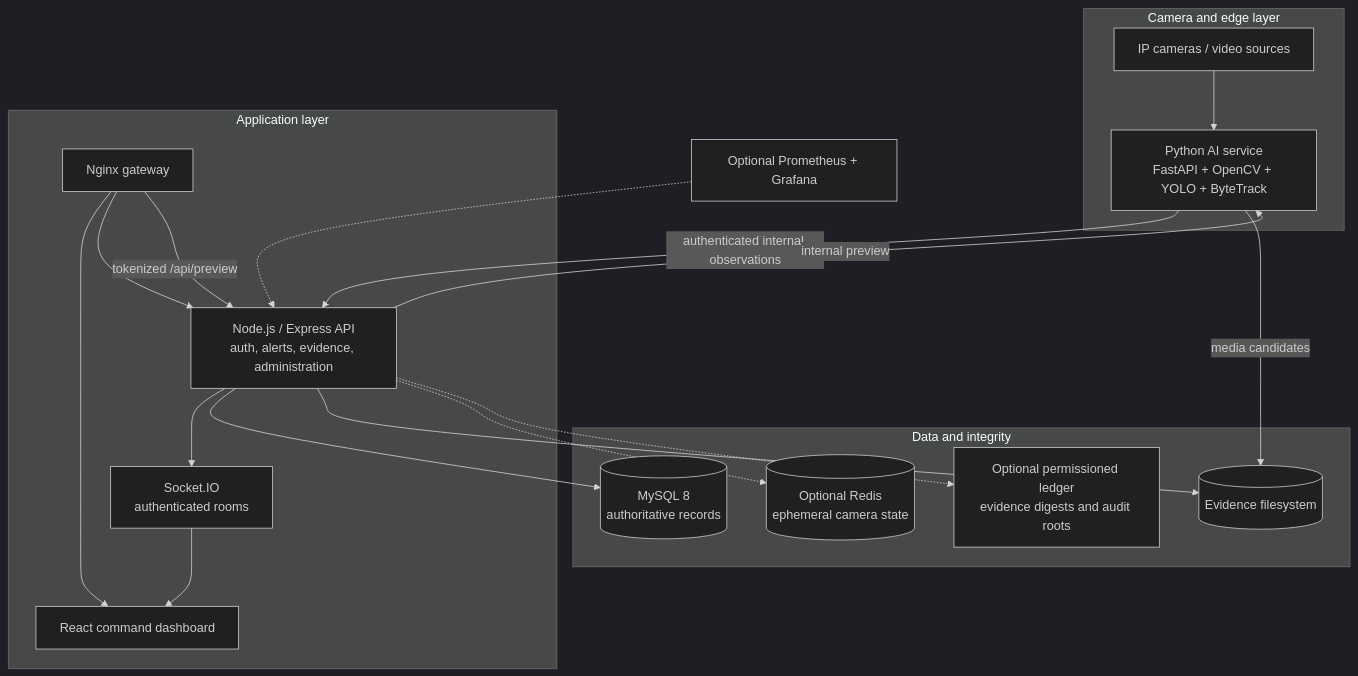
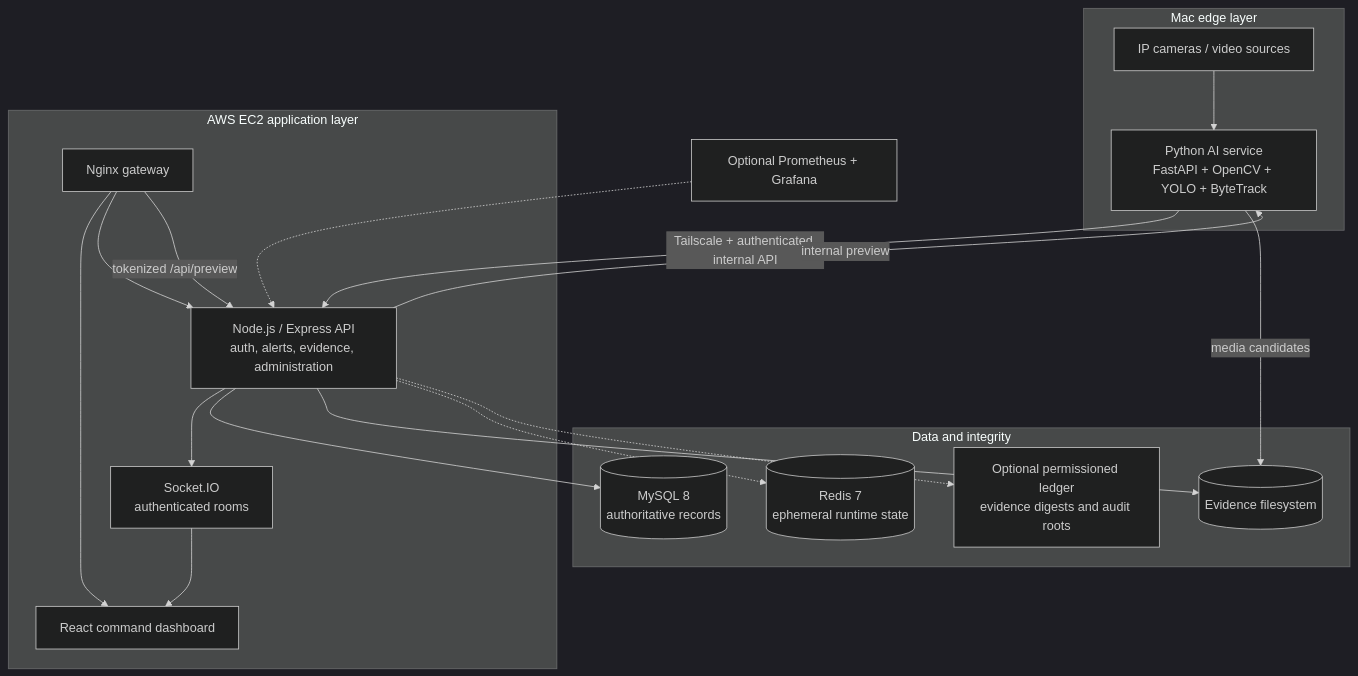
The fourth of 4 diagrams in README.md (alive7z/Intelligent-Border-Video-Analytics-Platform), drawn with Mermaid (dark theme) before and after one commit. The commit also changed other lines of this file, not shown here.

````diff
--- a/README.md
+++ b/README.md
@@ -133,34 +134,34 @@
 ```mermaid
 flowchart TB
-    subgraph Edge[Camera and edge layer]
+    subgraph Edge[Mac edge layer]
         CAM[IP cameras / video sources]
         AI[Python AI service<br/>FastAPI + OpenCV + YOLO + ByteTrack]
         CAM --> AI
     end
 
-    subgraph App[Application layer]
+    subgraph App[AWS EC2 application layer]
         GW[Nginx gateway]
         API[Node.js / Express API<br/>auth, alerts, evidence, administration]
         RT[Socket.IO<br/>authenticated rooms]
         WEB[React command dashboard]
         GW --> WEB
         GW --> API
         API --> RT --> WEB
     end
 
     subgraph Data[Data and integrity]
         DB[(MySQL 8<br/>authoritative records)]
         FS[(Evidence filesystem)]
-        CACHE[(Optional Redis<br/>ephemeral camera state)]
+        CACHE[(Redis 7<br/>ephemeral runtime state)]
         LEDGER[Optional permissioned ledger<br/>evidence digests and audit roots]
     end
 
-    AI -->|authenticated internal observations| API
+    AI -->|Tailscale + authenticated internal API| API
     AI -->|media candidates| FS
     API --> DB
     API --> FS
     API -.-> CACHE
     API -.-> LEDGER
     GW -->|tokenized /api/preview| API -->|internal preview| AI
     PROM[Optional Prometheus + Grafana] -.-> API
 ```
````
